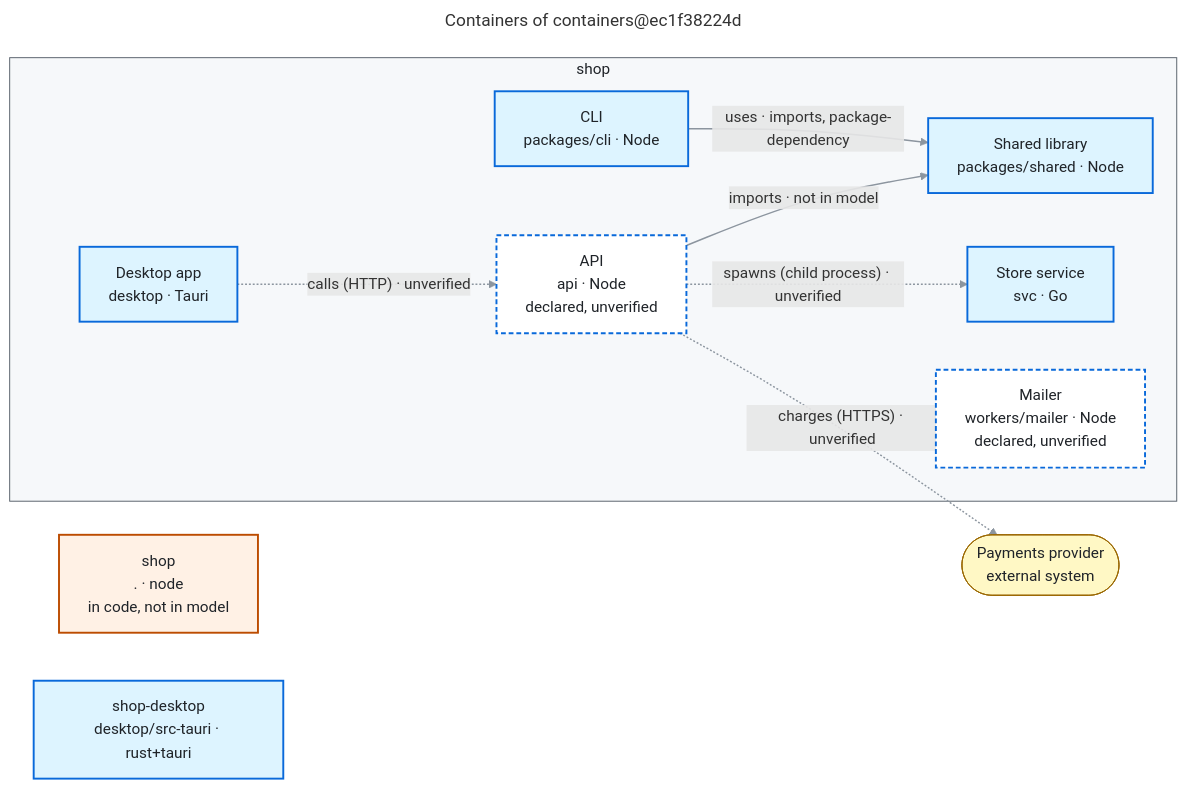
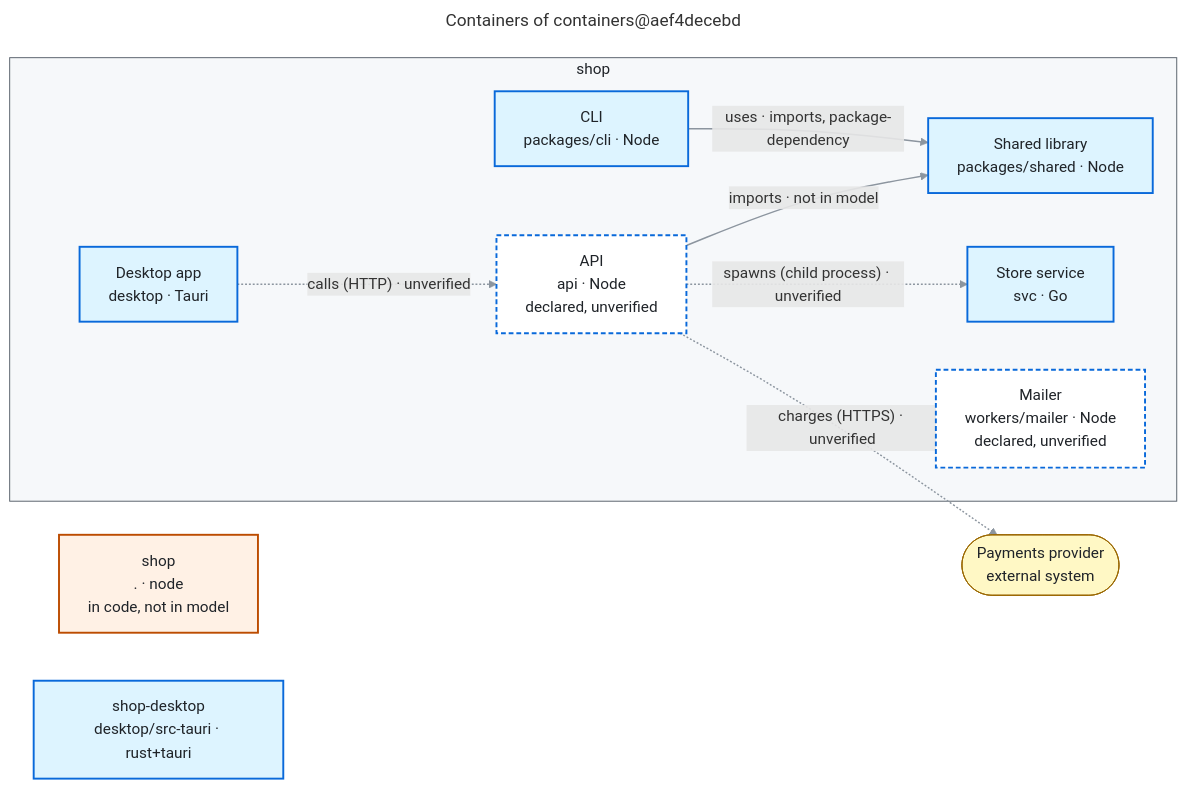
The diagram in examples/containers/containers.md (FullFran/archsieve), drawn with Mermaid before and after one commit. The commit also changed other lines of this file and 26 other files, not shown here.

````diff
--- a/examples/containers/containers.md
+++ b/examples/containers/containers.md
@@ -7,34 +7,34 @@
 ```mermaid
 ---
-title: "Containers of containers@ec1f38224d"
+title: "Containers of containers@aef4decebd"
 ---
 flowchart LR
   n0["shop<br/>. · node<br/>in code, not in model"]:::undeclared
   n3["shop-desktop<br/>desktop/src-tauri · rust+tauri"]:::container
   n8(["Payments provider<br/>external system"]):::external
   subgraph g0["shop"]
     n1["API<br/>api · Node<br/>declared, unverified"]:::unverified
     n2["Desktop app<br/>desktop · Tauri"]:::container
     n4["CLI<br/>packages/cli · Node"]:::container
     n5["Shared library<br/>packages/shared · Node"]:::container
     n6["Store service<br/>svc · Go"]:::container
     n7["Mailer<br/>workers/mailer · Node<br/>declared, unverified"]:::unverified
   end
   style g0 fill:#f6f8fa,stroke:#57606a,color:#1f2328
   n1 -->|"imports · not in model"| n5
   n1 -.->|"spawns (child process) · unverified"| n6
   n1 -.->|"charges (HTTPS) · unverified"| n8
   n2 -.->|"calls (HTTP) · unverified"| n1
   n4 -->|"uses · imports, package-dependency"| n5
   linkStyle default stroke:#8c959f,stroke-width:1.5px
   classDef code fill:#ddf4ff,stroke:#0969da,color:#1f2328
   classDef external fill:#fff8c5,stroke:#9a6700,color:#1f2328
   classDef module fill:#fbefff,stroke:#8250df,color:#1f2328
   classDef added fill:#dafbe1,stroke:#2da44e,stroke-width:2px,color:#1f2328
   classDef removed fill:#ffebe9,stroke:#cf222e,stroke-dasharray:4 3,color:#1f2328
   classDef boundary fill:#f6f8fa,stroke:#57606a,stroke-dasharray:6 4,color:#1f2328
   classDef container fill:#ddf4ff,stroke:#0969da,stroke-width:2px,color:#1f2328
   classDef unverified fill:#ffffff,stroke:#0969da,stroke-width:2px,stroke-dasharray:5 3,color:#1f2328
   classDef undeclared fill:#fff1e5,stroke:#bc4c00,stroke-width:2px,color:#1f2328
   classDef focus fill:#ddf4ff,stroke:#0969da,stroke-width:4px,color:#1f2328
 ```
````
